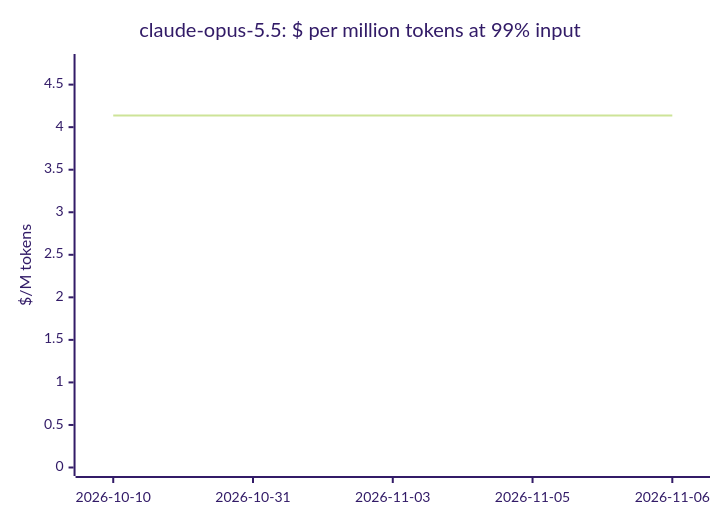
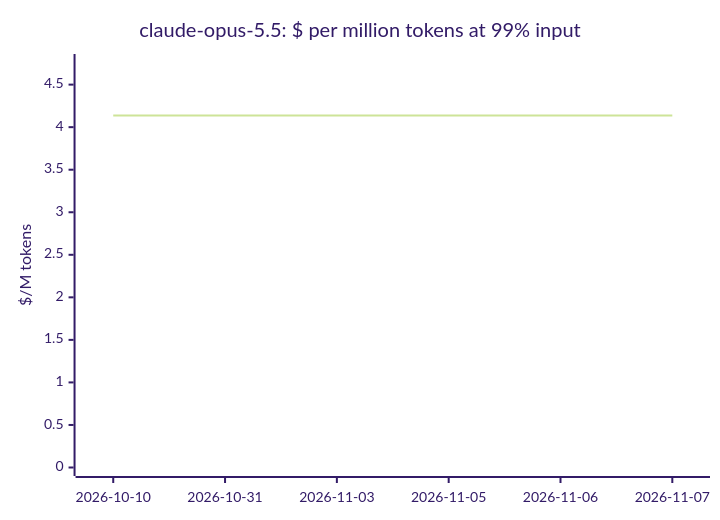
One commit to cklukas/OMEGA_TRANSFORM changed the fourth of 20 diagrams in docs/openrouter-models.md. Above: the diagram before and after it, drawn with Mermaid (forest theme). The commit also changed other lines of this file and 68 other files, not shown here.

````diff
--- a/docs/openrouter-models.md
+++ b/docs/openrouter-models.md
@@ -168,7 +167,7 @@
 ```mermaid
 xychart-beta
     title "claude-opus-5.5: $ per million tokens at 99% input"
-    x-axis ["2026-10-10", "2026-10-31", "2026-11-03", "2026-11-05", "2026-11-06"]
+    x-axis ["2026-10-10", "2026-10-31", "2026-11-03", "2026-11-05", "2026-11-06", "2026-11-07"]
     y-axis "$/M tokens" 0 --> 4.76
-    line [4.136, 4.136, 4.136, 4.136, 4.136]
+    line [4.138, 4.138, 4.138, 4.138, 4.138, 4.138]
 ```
````
